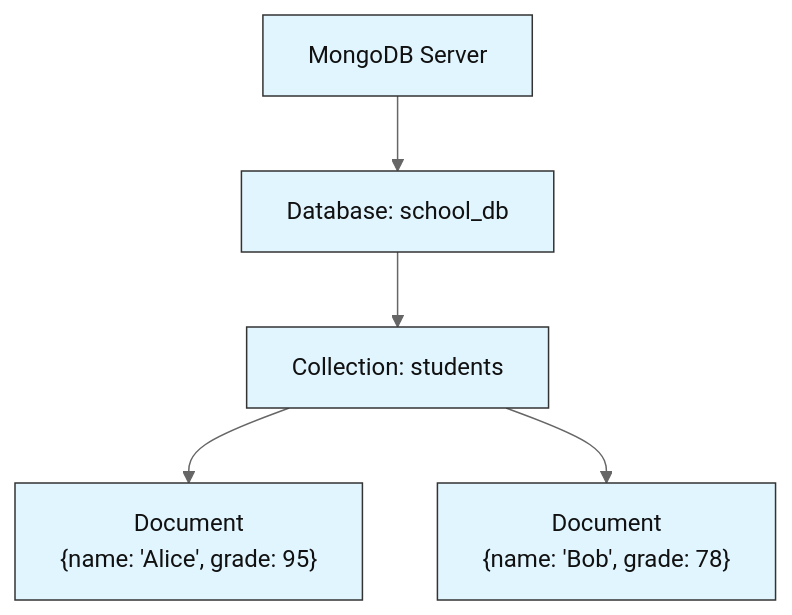
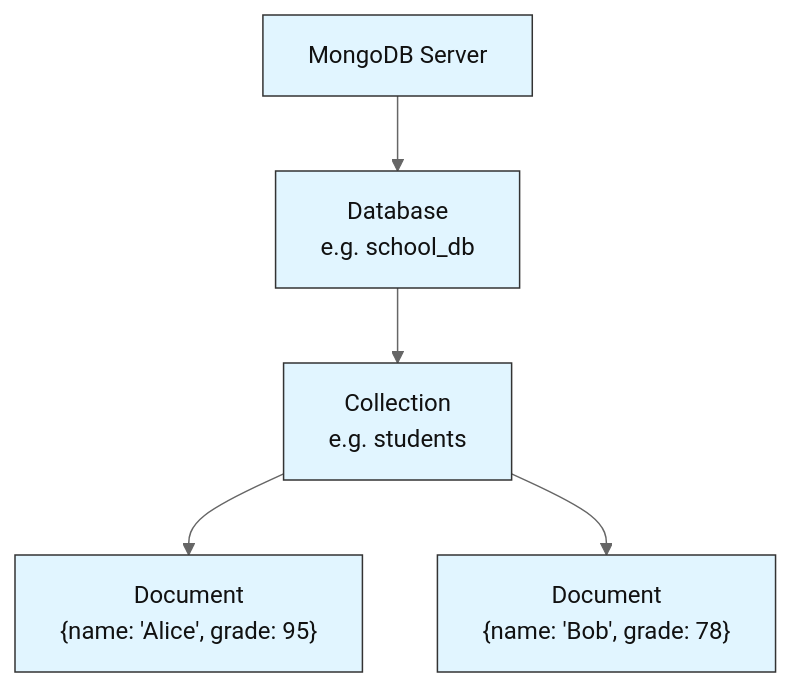
One commit to CogKnowEdge-Solutions/Context-Memory-Layer changed the first of 4 diagrams in MongoDB-Labs/README.md. Above: the diagram before and after it, drawn with Mermaid (neutral theme). The commit also changed other lines of this file, not shown here.

Commit message:
Updated Mongo DB readme

````diff
--- a/MongoDB-Labs/README.md
+++ b/MongoDB-Labs/README.md
@@ -23,10 +29,10 @@
 ```mermaid
 flowchart TD
-    S["MongoDB Server"] --> D1["Database: school_db"]
-    D1 --> C1["Collection: students"]
+    S["MongoDB Server"] --> D1["Database<br/>e.g. school_db"]
+    D1 --> C1["Collection<br/>e.g. students"]
     C1 --> Doc1["Document<br/>{name: 'Alice', grade: 95}"]
     C1 --> Doc2["Document<br/>{name: 'Bob', grade: 78}"]
 
     classDef defaultStyle fill:#e1f5ff,stroke:#333333,stroke-width:1px,color:#111111
     class S,D1,C1,Doc1,Doc2 defaultStyle
 ```
````
